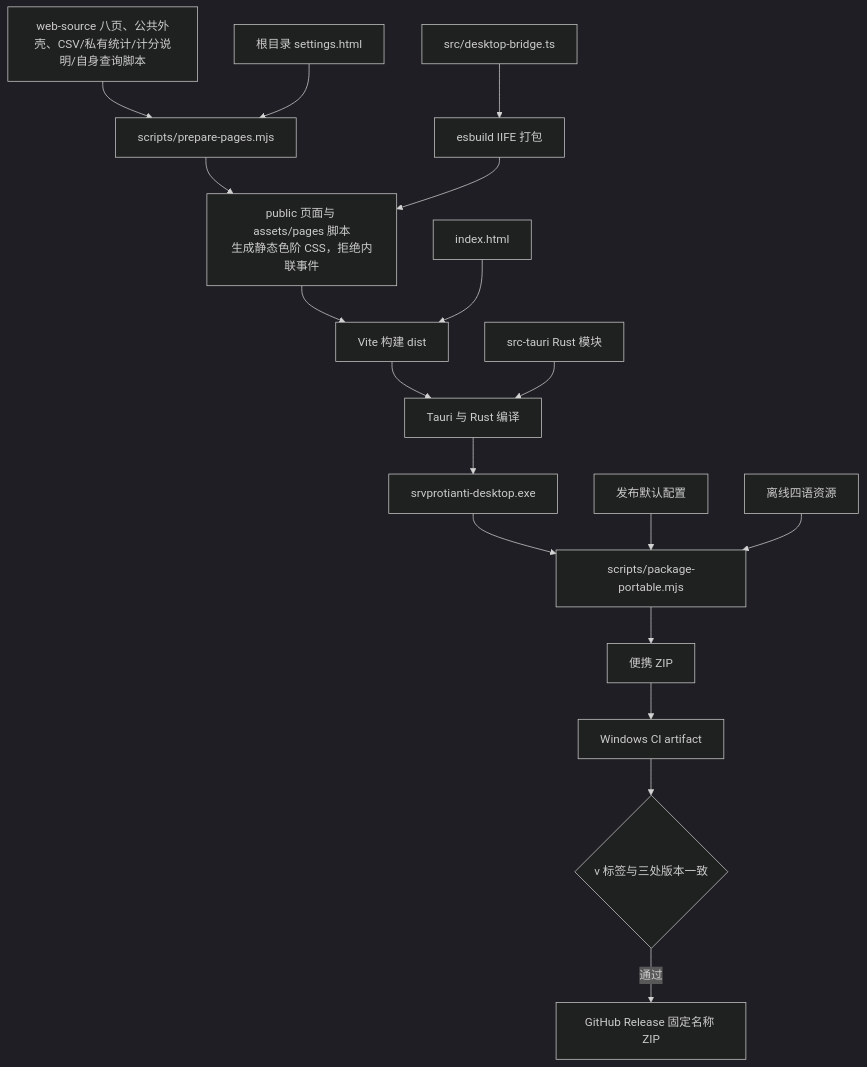
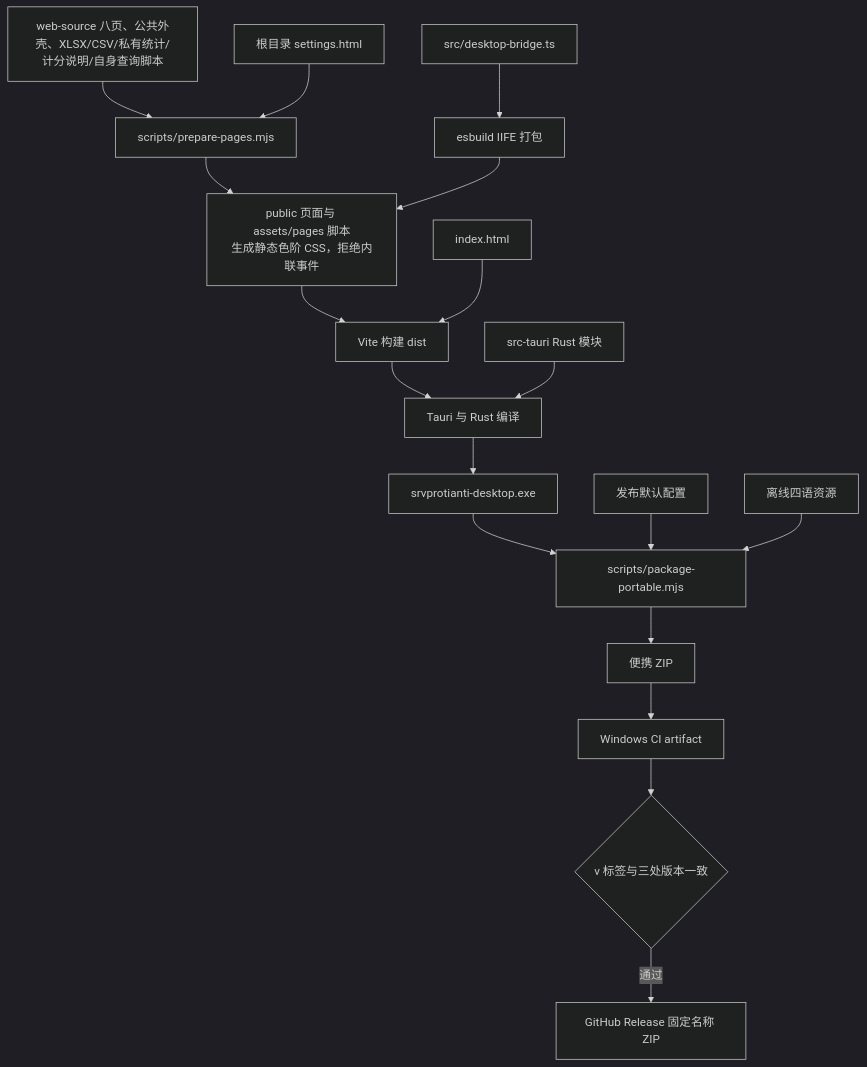
One commit to 301zrg/srvprotianti-desktop changed the eighth of 8 diagrams in docs/ARCHITECTURE.md. Above: the diagram before and after it, drawn with Mermaid (dark theme). The commit also changed other lines of this file and 18 other files, not shown here.

Commit message:
Add local XLSX downloads alongside CSV statistics exports

````diff
--- a/docs/ARCHITECTURE.md
+++ b/docs/ARCHITECTURE.md
@@ -272,20 +275,20 @@
 ```mermaid
 flowchart TB
-    WebSource["web-source 八页、公共外壳、CSV/私有统计/计分说明/自身查询脚本"] --> Prepare[scripts/prepare-pages.mjs]
+    WebSource["web-source 八页、公共外壳、XLSX/CSV/私有统计/计分说明/自身查询脚本"] --> Prepare[scripts/prepare-pages.mjs]
     Settings[根目录 settings.html] --> Prepare
     Prepare --> Public["public 页面与 assets/pages 脚本<br/>生成静态色阶 CSS，拒绝内联事件"]
     Bridge[src/desktop-bridge.ts] --> Esbuild[esbuild IIFE 打包]
     Esbuild --> Public
     Public --> Vite[Vite 构建 dist]
     RootIndex[index.html] --> Vite
     Vite --> Tauri[Tauri 与 Rust 编译]
     Rust[src-tauri Rust 模块] --> Tauri
     Tauri --> Exe[srvprotianti-desktop.exe]
     Exe --> Portable[scripts/package-portable.mjs]
     Default[发布默认配置] --> Portable
     Resources[离线四语资源] --> Portable
     Portable --> Zip[便携 ZIP]
     Zip --> Artifact[Windows CI artifact]
     Artifact --> Tag{v 标签与三处版本一致}
     Tag -->|通过| Release[GitHub Release 固定名称 ZIP]
 ```
````
